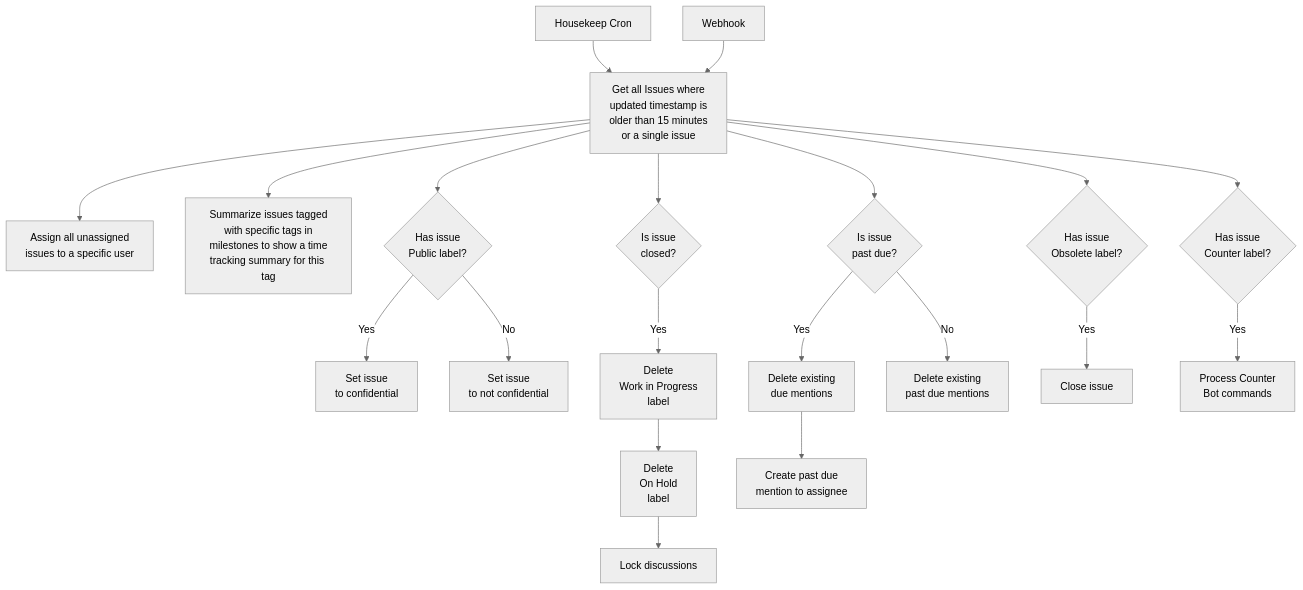
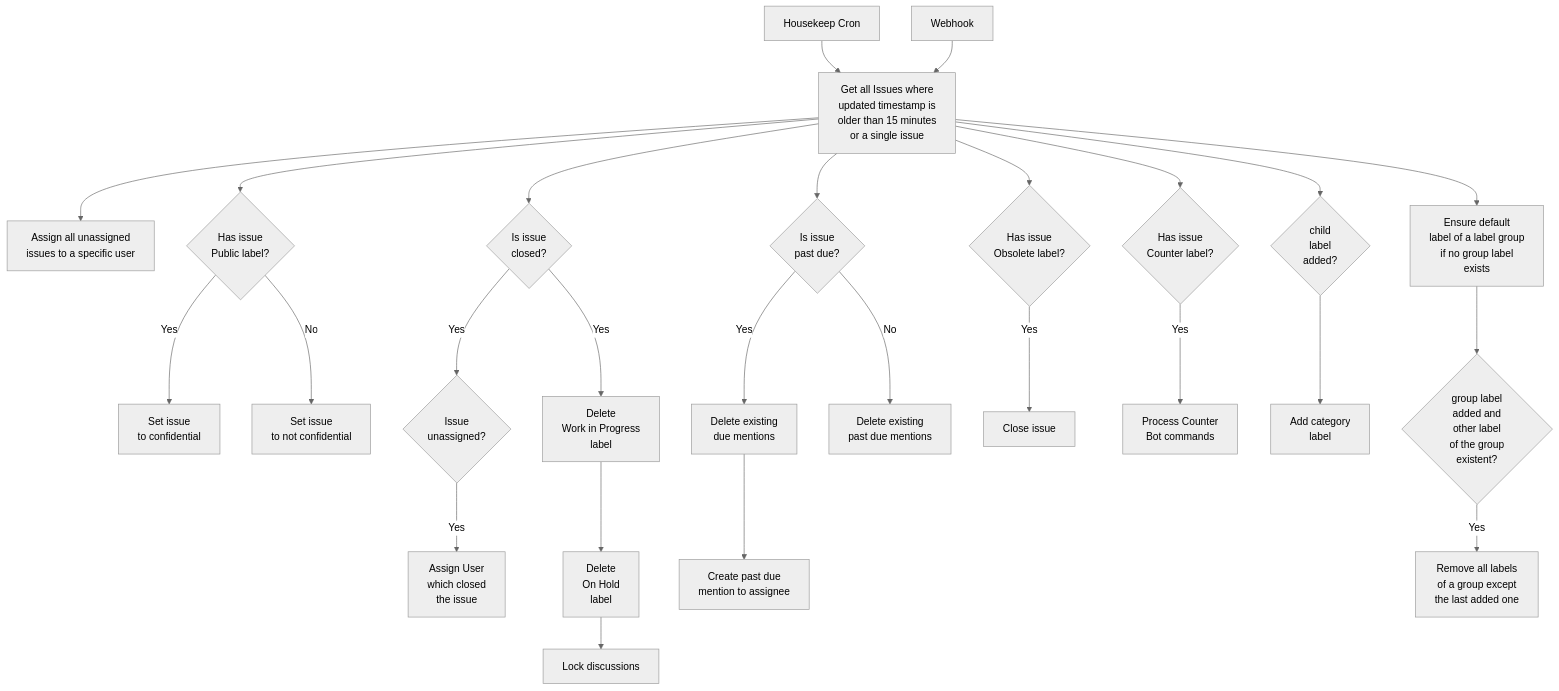
The first of 2 diagrams in README.md (perryflynn/taskomat), drawn with Mermaid (neutral theme) before and after one commit. The commit also changed other lines of this file, not shown here.

````diff
--- a/README.md
+++ b/README.md
@@ -34,22 +43,28 @@
 ```mermaid
 graph TD
     hk[Housekeep Cron] --> issues[Get all Issues where<br>updated timestamp is<br>older than 15 minutes<br>or a single issue]
     wekhook[Webhook] --> issues
     issues --> assign[Assign all unassigned<br>issues to a specific user]
-    issues --> milestone[Summarize issues tagged<br>with specific tags in<br>milestones to show a time<br>tracking summary for this tag]
     issues --> ispublic{Has issue<br>Public label?}
     ispublic -->|Yes| confidential[Set issue<br>to confidential]
     ispublic -->|No| noconfidential[Set issue<br>to not confidential]
     issues --> isdue{Is issue<br>past due?}
     isdue -->|Yes| delduemsg2[Delete existing<br>due mentions]
     issues --> isclosed{Is issue<br>closed?}
     isclosed -->|Yes| delwip[Delete<br>Work in Progress<br>label]
+    isclosed -->|Yes| delunass{Issue<br>unassigned?}
+    delunass -->|Yes| assclosee[Assign User<br>which closed<br>the issue]
     delwip --> delonhold[Delete<br>On Hold<br>label]
     delonhold --> lock[Lock discussions]
     delduemsg2 --> addue[Create past due<br>mention to assignee]
     isdue -->|No| delduemsg[Delete existing<br>past due mentions]
     issues --> iscounter{Has issue<br>Counter label?}
     issues --> isobsolete{Has issue<br>Obsolete label?}
     isobsolete -->|Yes| close[Close issue]
     iscounter -->|Yes| countit[Process Counter<br>Bot commands]
+    issues --> childlabel{child<br>label<br>added?}
+    childlabel --> addcat[Add category<br>label]
+    issues --> groupdefault[Ensure default<br>label of a label group<br>if no group label<br>exists]
+    groupdefault --> groupadded{group label<br>added and<br>other label<br>of the group<br>existent?}
+    groupadded -->|Yes| removegrouplabel[Remove all labels<br>of a group except<br>the last added one]
 ```
````
